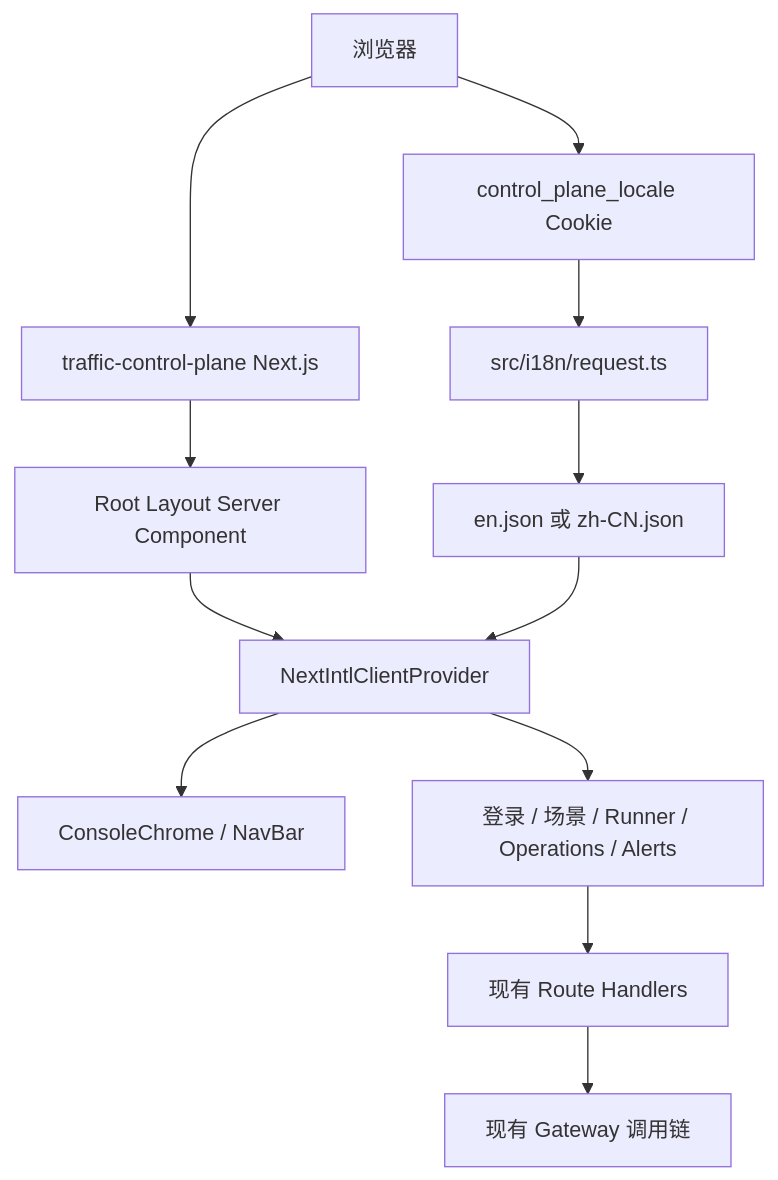
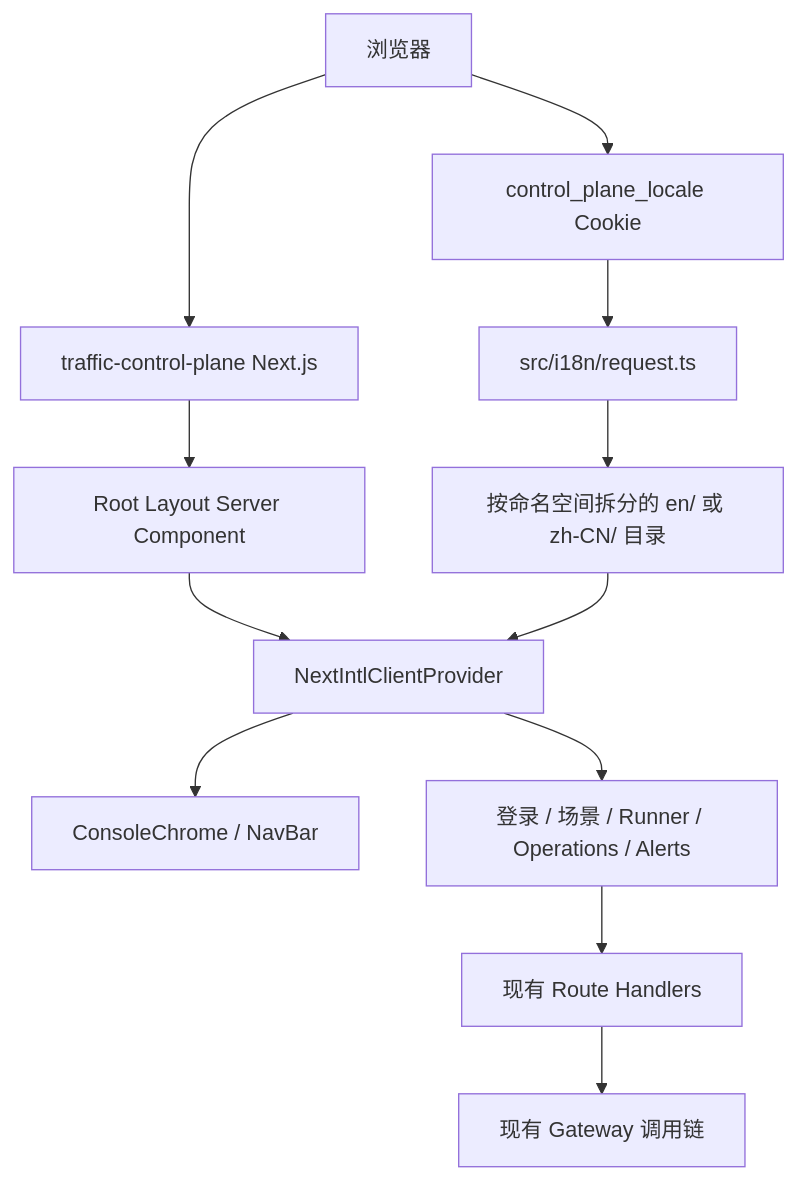
One commit to asatasinon/mall-chaos changed the first of 2 diagrams in _docs/control-plane-i18n/technical-design.md. Above: the diagram before and after it, drawn with Mermaid. The commit also changed other lines of this file and 29 other files, not shown here.

````diff
--- a/_docs/control-plane-i18n/technical-design.md
+++ b/_docs/control-plane-i18n/technical-design.md
@@ -41,14 +41,14 @@
 ```mermaid
 flowchart TD
     Browser[浏览器] --> Cookie[control_plane_locale Cookie]
     Browser --> Next[traffic-control-plane Next.js]
     Cookie --> RequestConfig[src/i18n/request.ts]
-    RequestConfig --> Catalog[en.json 或 zh-CN.json]
+    RequestConfig --> Catalog[按命名空间拆分的 en/ 或 zh-CN/ 目录]
     Next --> Layout[Root Layout Server Component]
     Layout --> Provider[NextIntlClientProvider]
     Catalog --> Provider
     Provider --> Shell[ConsoleChrome / NavBar]
     Provider --> Pages[登录 / 场景 / Runner / Operations / Alerts]
     Pages --> API[现有 Route Handlers]
     API --> Gateway[现有 Gateway 调用链]
 ```
````
